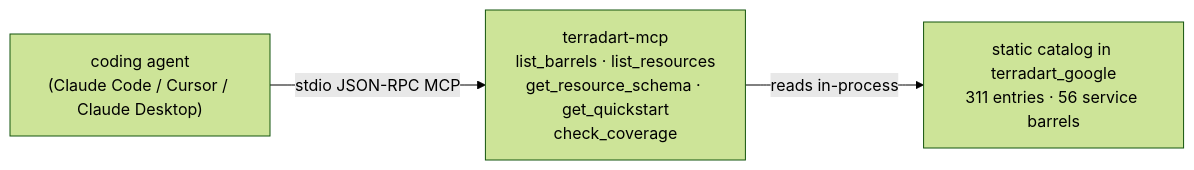
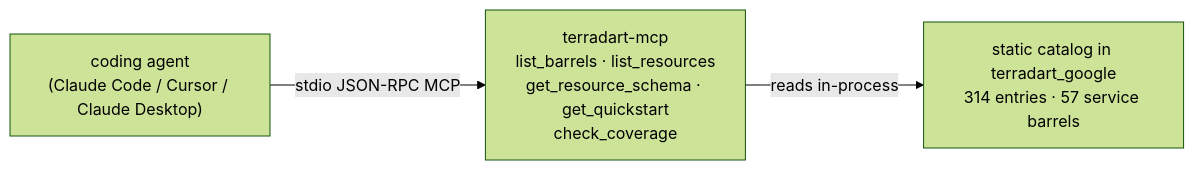
Before and after one commit to nozomi-koborinai/terradart: the diagram in website/src/content/docs/docs/agent/index.md, drawn with Mermaid (forest theme). The commit also changed other lines of this file and 29 other files, not shown here.

````diff
--- a/website/src/content/docs/docs/agent/index.md
+++ b/website/src/content/docs/docs/agent/index.md
@@ -12,8 +12,8 @@
 ```mermaid
 graph LR
   agent["coding agent<br/>(Claude Code / Cursor / Claude Desktop)"]
   mcp["terradart-mcp<br/>list_barrels · list_resources<br/>get_resource_schema · get_quickstart<br/>check_coverage"]
-  catalog["static catalog in terradart_google<br/>311 entries · 56 service barrels"]
+  catalog["static catalog in terradart_google<br/>314 entries · 57 service barrels"]
   agent -->|stdio JSON-RPC MCP| mcp
   mcp -->|reads in-process| catalog
 ```
````
